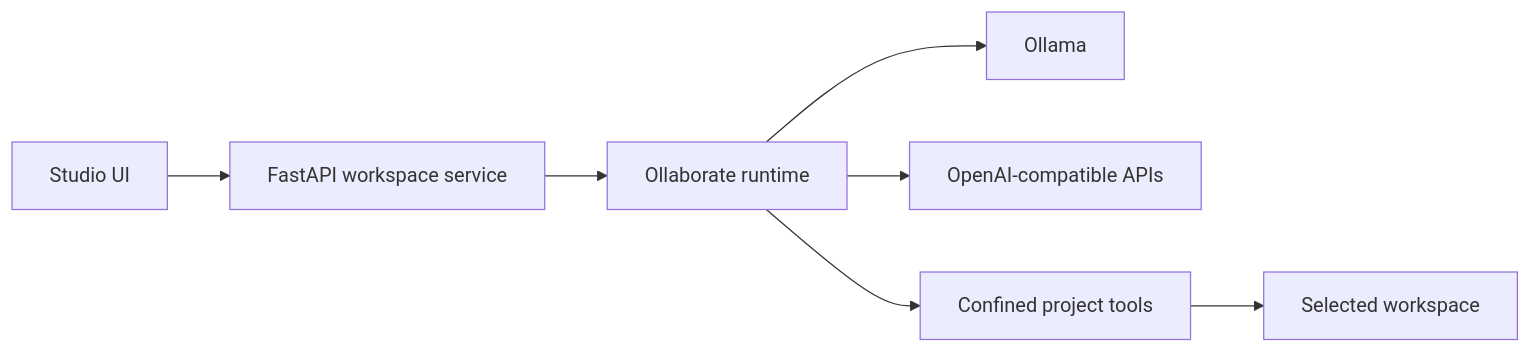
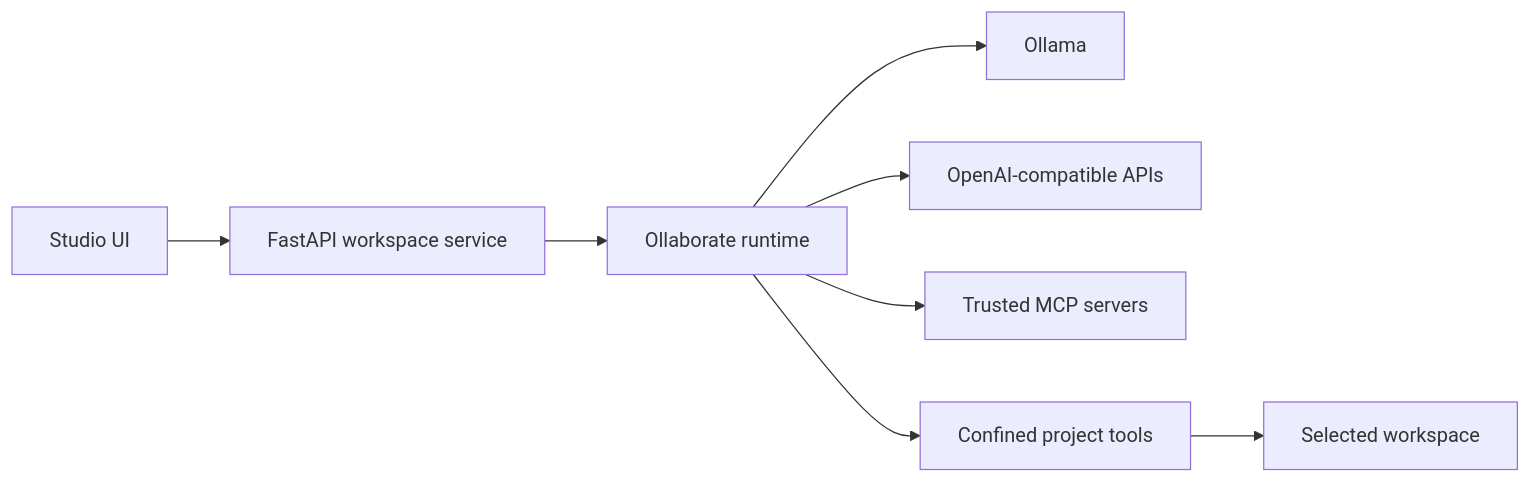
The diagram in README.md (patha325/Ollaborate-Studio), drawn with Mermaid before and after one commit. The commit also changed other lines of this file and 10 other files, not shown here.

````diff
--- a/README.md
+++ b/README.md
@@ -38,9 +60,10 @@
 ```mermaid
 flowchart LR
     UI["Studio UI"] --> API["FastAPI workspace service"]
     API --> Runtime["Ollaborate runtime"]
     Runtime --> Local["Ollama"]
     Runtime --> External["OpenAI-compatible APIs"]
+    Runtime --> MCP["Trusted MCP servers"]
     Runtime --> Tools["Confined project tools"]
     Tools --> Files["Selected workspace"]
 ```
````
